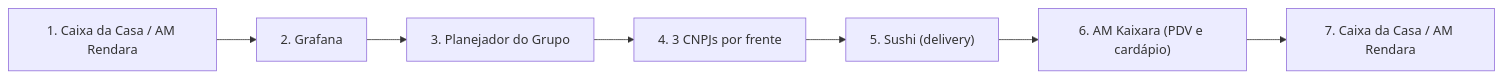
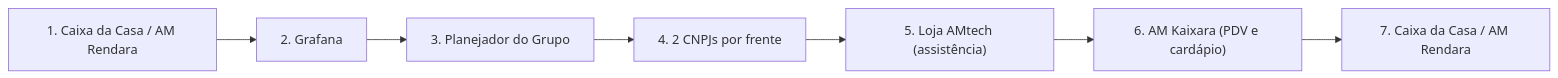
Diagram 12 of 22 in docs/fluxos.md (AlanMateus17/dev-setup), drawn with Mermaid before and after one commit. The commit also changed other lines of this file and 50 other files, not shown here.

````diff
--- a/docs/fluxos.md
+++ b/docs/fluxos.md
@@ -351,16 +351,16 @@
 ```mermaid
 flowchart LR
   s0["1. Caixa da Casa / AM Rendara"]
   s1["2. Grafana"]
   s2["3. Planejador do Grupo"]
-  s3["4. 3 CNPJs por frente"]
-  s4["5. Sushi (delivery)"]
+  s3["4. 2 CNPJs por frente"]
+  s4["5. Loja AMtech (assistência)"]
   s5["6. AM Kaixara (PDV e cardápio)"]
   s6["7. Caixa da Casa / AM Rendara"]
   s0 --> s1
   s1 --> s2
   s2 --> s3
   s3 --> s4
   s4 --> s5
   s5 --> s6
 ```
````
